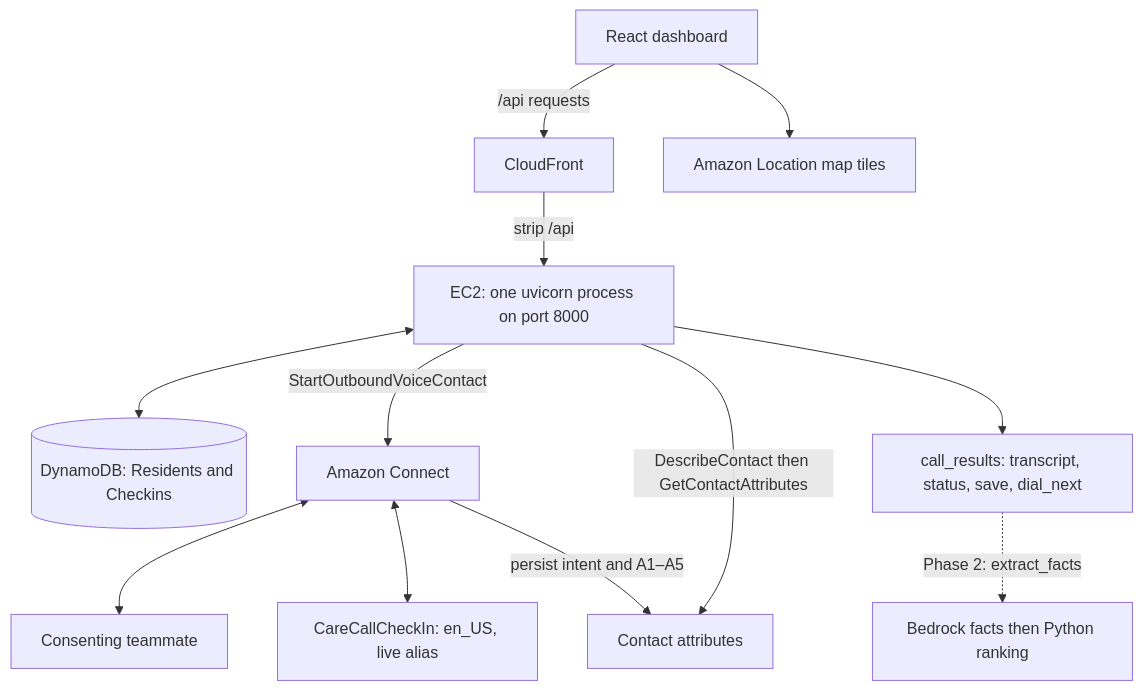
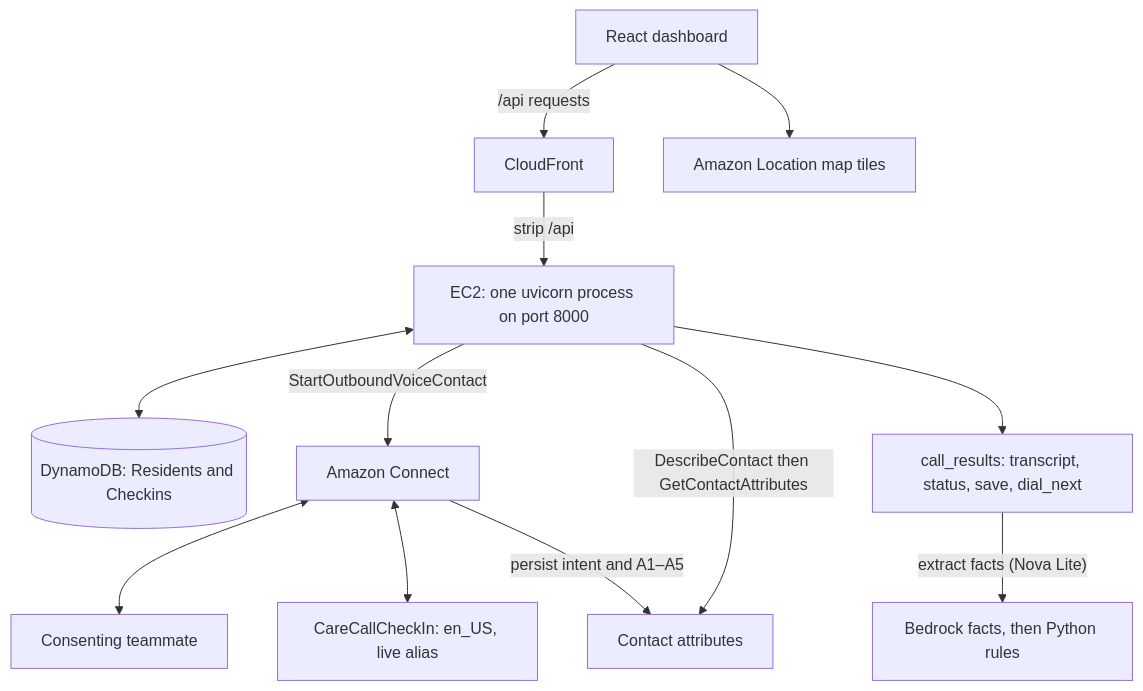
The diagram in docs/careline-plan.md (kallmekabir/AWS-Track), drawn with Mermaid before and after one commit. The commit also changed other lines of this file and 26 other files, not shown here.

````diff
--- a/docs/careline-plan.md
+++ b/docs/careline-plan.md
@@ -28,14 +28,14 @@
 ```mermaid
 flowchart TD
   web["React dashboard"] -->|"/api requests"| cf["CloudFront"]
   cf -->|"strip /api"| api["EC2: one uvicorn process on port 8000"]
   api <--> ddb[("DynamoDB: Residents and Checkins")]
   api -->|"StartOutboundVoiceContact"| connect["Amazon Connect"]
   connect <--> phone["Consenting teammate"]
   connect <--> lex["CareCallCheckIn: en_US, live alias"]
   connect -->|"persist intent and A1–A5"| attrs["Contact attributes"]
   api -->|"DescribeContact then GetContactAttributes"| attrs
   api --> results["call_results: transcript, status, save, dial_next"]
-  results -.->|"Phase 2: extract_facts"| bedrock["Bedrock facts then Python ranking"]
+  results -->|"extract facts (Nova Lite)"| bedrock["Bedrock facts, then Python rules"]
   web --> maps["Amazon Location map tiles"]
 ```
````
